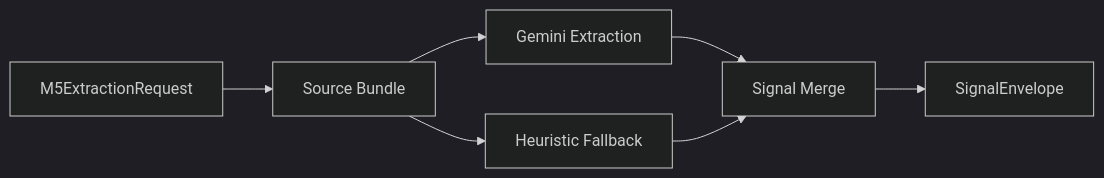
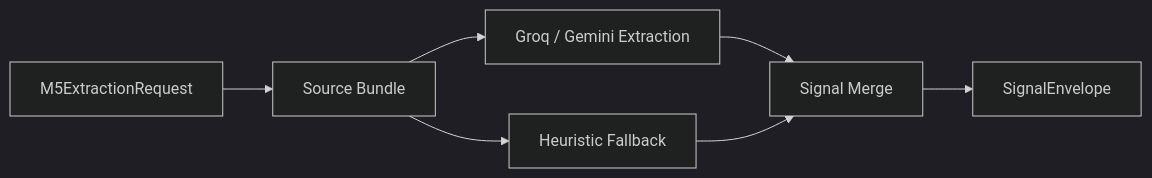
Before and after one commit to alenisaw/invision_u_Vi-Ka: the diagram in backend/app/modules/m5_nlp/README.md, drawn with Mermaid (dark theme). The commit also changed other lines of this file and 68 other files, not shown here.

````diff
--- a/backend/app/modules/m5_nlp/README.md
+++ b/backend/app/modules/m5_nlp/README.md
@@ -33,16 +33,16 @@
 ```mermaid
 flowchart LR
     Input["M5ExtractionRequest"]
     Bundle["Source Bundle"]
-    Gemini["Gemini Extraction"]
+    LLM["Groq / Gemini Extraction"]
     Heuristic["Heuristic Fallback"]
     Merge["Signal Merge"]
     Envelope["SignalEnvelope"]
 
     Input --> Bundle
-    Bundle --> Gemini
+    Bundle --> LLM
     Bundle --> Heuristic
-    Gemini --> Merge
+    LLM --> Merge
     Heuristic --> Merge
     Merge --> Envelope
 ```
````
